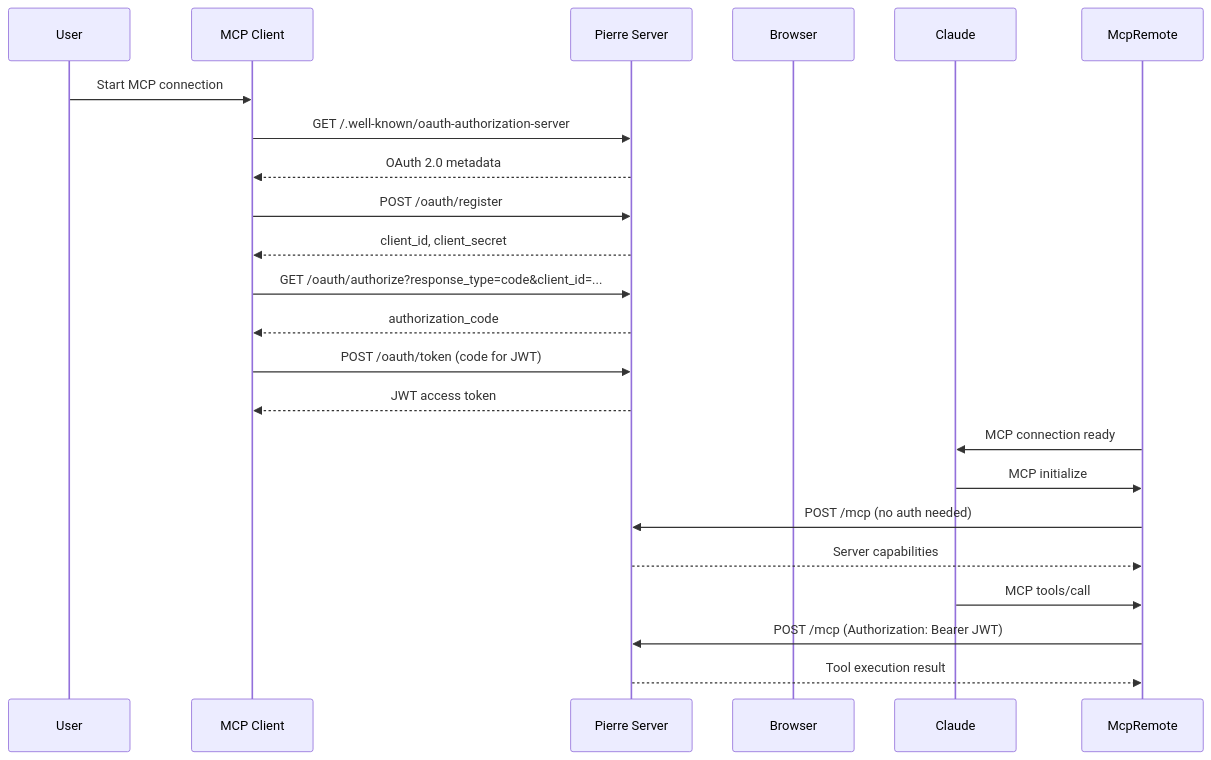
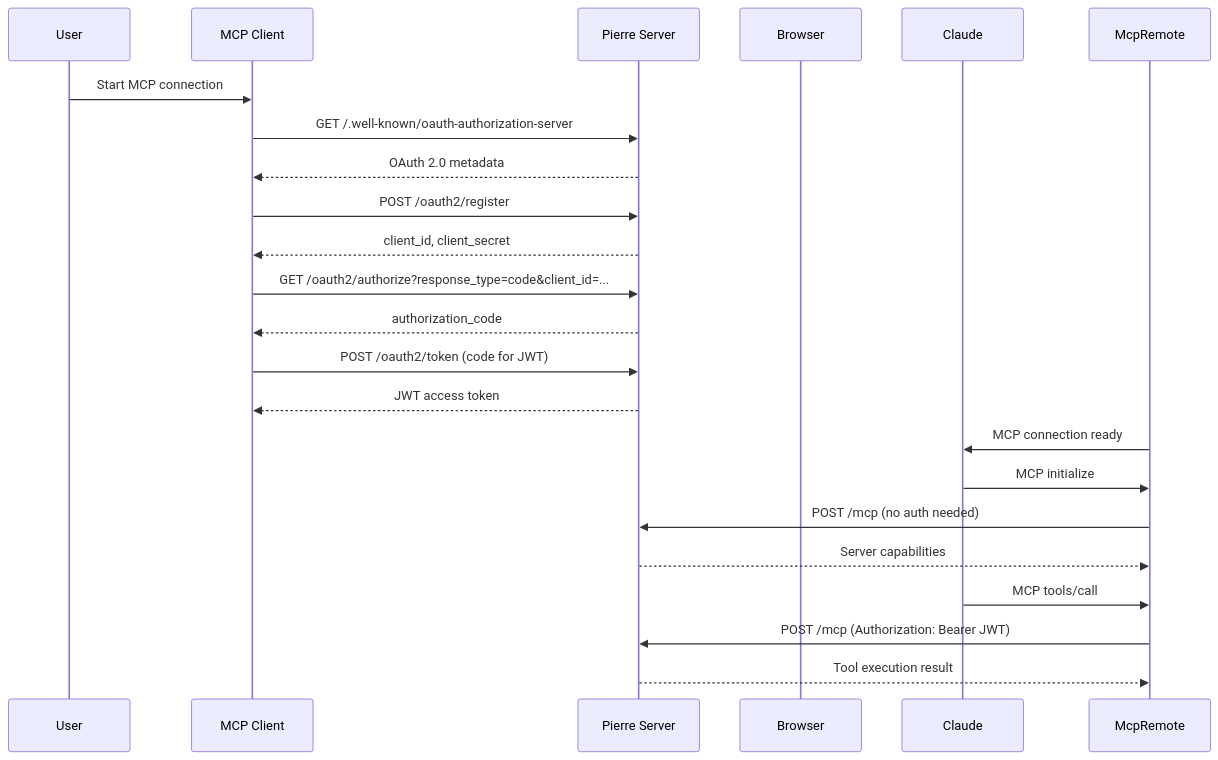
The sixth of 8 diagrams in docs/developer-guide/06-authentication.md (Async-IO/pierre_mcp_server), drawn with Mermaid before and after one commit. The commit also changed other lines of this file, not shown here.

````diff
--- a/docs/developer-guide/06-authentication.md
+++ b/docs/developer-guide/06-authentication.md
@@ -420,30 +423,30 @@
 ```mermaid
 sequenceDiagram
     participant User as User
     participant MCP as MCP Client
     participant Pierre as Pierre Server
     participant Browser as Browser
     participant Claude as Claude
 
     User->>MCP: Start MCP connection
     MCP->>Pierre: GET /.well-known/oauth-authorization-server
     Pierre-->>MCP: OAuth 2.0 metadata
 
-    MCP->>Pierre: POST /oauth/register
+    MCP->>Pierre: POST /oauth2/register
     Pierre-->>MCP: client_id, client_secret
 
-    MCP->>Pierre: GET /oauth/authorize?response_type=code&client_id=...
+    MCP->>Pierre: GET /oauth2/authorize?response_type=code&client_id=...
     Pierre-->>MCP: authorization_code
 
-    MCP->>Pierre: POST /oauth/token (code for JWT)
+    MCP->>Pierre: POST /oauth2/token (code for JWT)
     Pierre-->>MCP: JWT access token
 
     McpRemote->>Claude: MCP connection ready
     Claude->>McpRemote: MCP initialize
     McpRemote->>Pierre: POST /mcp (no auth needed)
     Pierre-->>McpRemote: Server capabilities
 
     Claude->>McpRemote: MCP tools/call
     McpRemote->>Pierre: POST /mcp (Authorization: Bearer JWT)
     Pierre-->>McpRemote: Tool execution result
 ```
````
